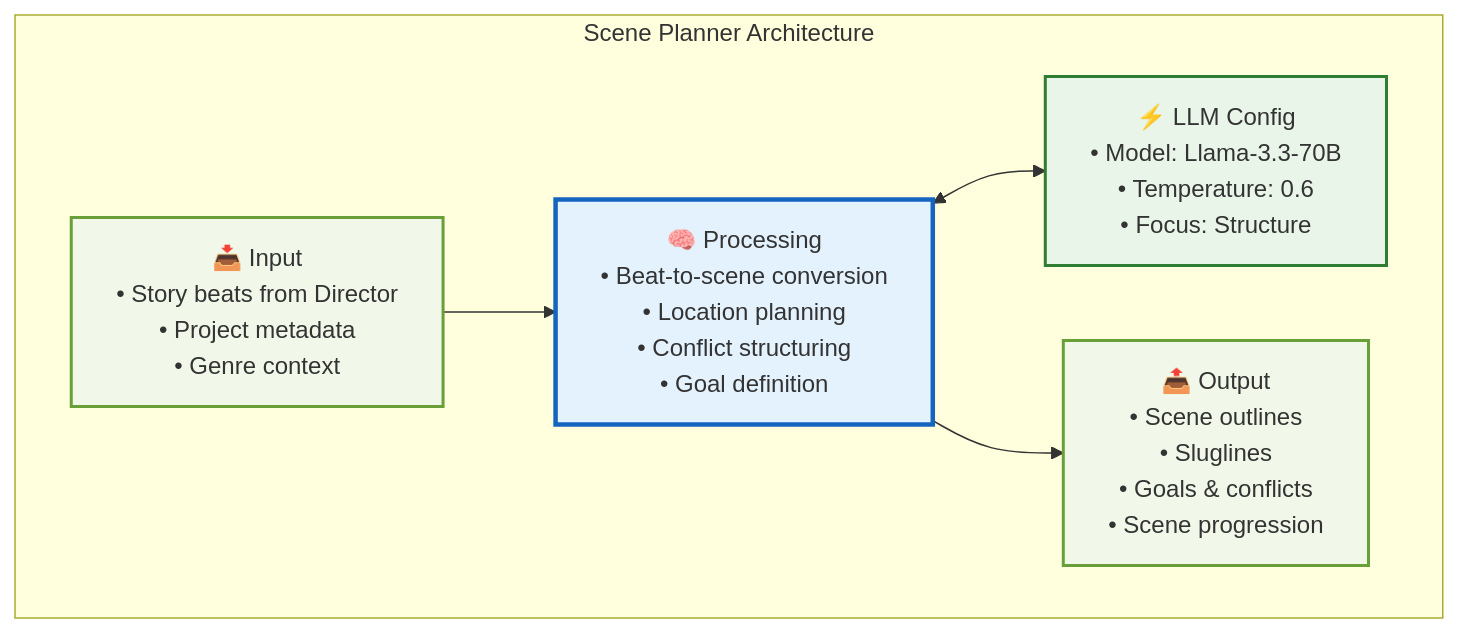
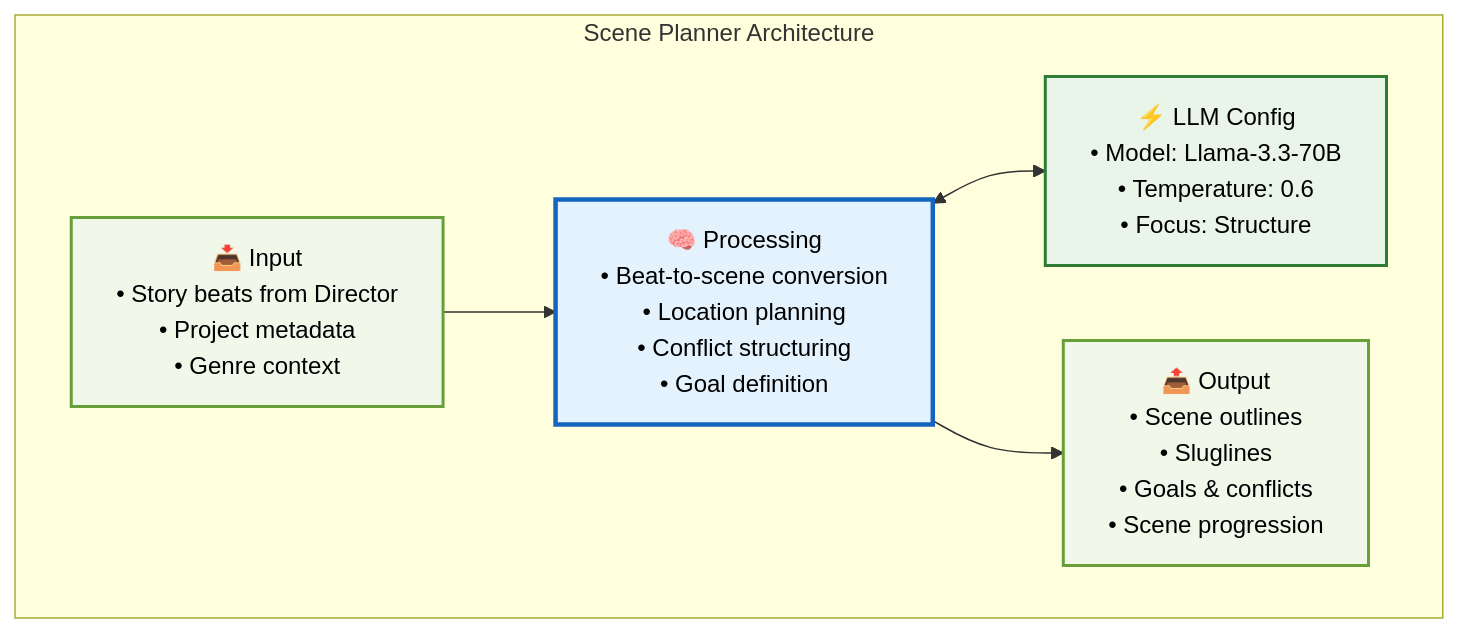
Before and after one commit to drMy5tery/Movie-Scene-Creator: the fifth of 13 diagrams in movie-mas/Presentation/Movie-Scene-Creator-Presentation.md, drawn with Mermaid. The commit also changed other lines of this file, not shown here.

````diff
--- a/movie-mas/Presentation/Movie-Scene-Creator-Presentation.md
+++ b/movie-mas/Presentation/Movie-Scene-Creator-Presentation.md
@@ -320,21 +320,21 @@
 ```mermaid
 graph TB
     subgraph "Scene Planner Architecture"
         INPUT[📥 Input<br/>• Story beats from Director<br/>• Project metadata<br/>• Genre context]
         
         PROCESS[🧠 Processing<br/>• Beat-to-scene conversion<br/>• Location planning<br/>• Conflict structuring<br/>• Goal definition]
         
         LLM[⚡ LLM Config<br/>• Model: Llama-3.3-70B<br/>• Temperature: 0.6<br/>• Focus: Structure]
         
         OUTPUT[📤 Output<br/>• Scene outlines<br/>• Sluglines<br/>• Goals & conflicts<br/>• Scene progression]
         
         INPUT --> PROCESS
         PROCESS <--> LLM
         PROCESS --> OUTPUT
         
-        style INPUT fill:#f1f8e9,stroke:#689f38,stroke-width:2px
-        style PROCESS fill:#e3f2fd,stroke:#1565c0,stroke-width:3px
-        style LLM fill:#e8f5e8,stroke:#2e7d32,stroke-width:2px
-        style OUTPUT fill:#f1f8e9,stroke:#689f38,stroke-width:2px
+        style INPUT fill:#f1f8e9,stroke:#689f38,stroke-width:2px,color:#000000
+        style PROCESS fill:#e3f2fd,stroke:#1565c0,stroke-width:3px,color:#000000
+        style LLM fill:#e8f5e8,stroke:#2e7d32,stroke-width:2px,color:#000000
+        style OUTPUT fill:#f1f8e9,stroke:#689f38,stroke-width:2px,color:#000000
     end
 ```
````
